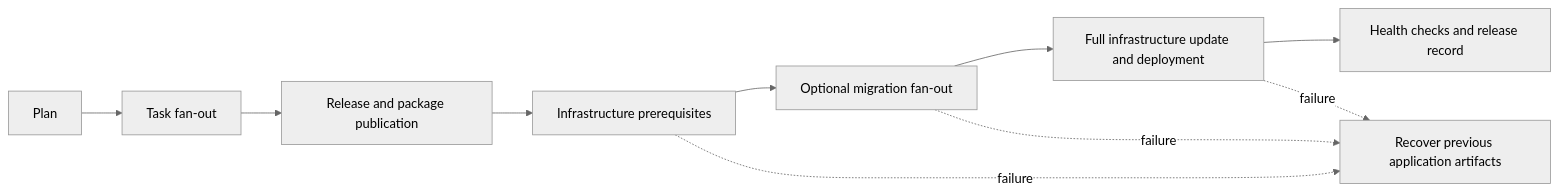
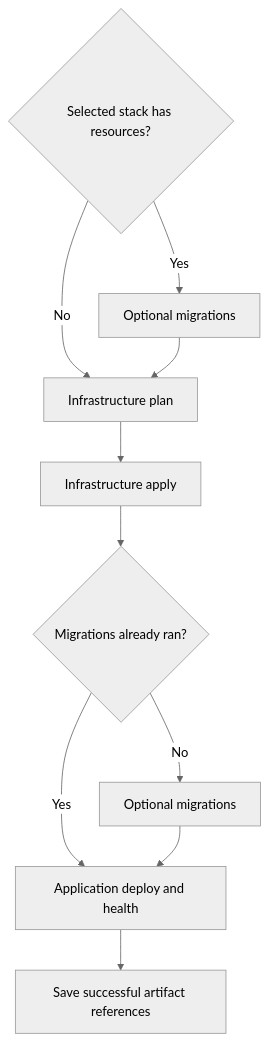
Before and after one commit to cloudvoyant/premise: the second of 2 diagrams in docs/modules/infrastructure.md, drawn with Mermaid (neutral theme). The commit also changed other lines of this file and 82 other files, not shown here.

Commit message:
refactor(deploy): simplify environment flows and static GCS e2e [publish-rc]

````diff
--- a/docs/modules/infrastructure.md
+++ b/docs/modules/infrastructure.md
@@ -327,12 +227,13 @@
 ```mermaid
-flowchart LR
-    Plan --> Tasks[Task fan-out]
-    Tasks --> Publish[Release and package publication]
-    Publish --> Provision[Infrastructure prerequisites]
-    Provision --> Migrate[Optional migration fan-out]
-    Migrate --> Apply[Full infrastructure update and deployment]
-    Apply --> Complete[Health checks and release record]
-    Provision -. failure .-> Recover[Recover previous application artifacts]
-    Migrate -. failure .-> Recover
-    Apply -. failure .-> Recover
+flowchart TD
+    Check{Selected stack has resources?}
+    Check -->|Yes| Before[Optional migrations]
+    Check -->|No| Plan[Infrastructure plan]
+    Before --> Plan
+    Plan --> Apply[Infrastructure apply]
+    Apply --> Need{Migrations already ran?}
+    Need -->|No| After[Optional migrations]
+    Need -->|Yes| Deploy[Application deploy and health]
+    After --> Deploy
+    Deploy --> Record[Save successful artifact references]
 ```
````
